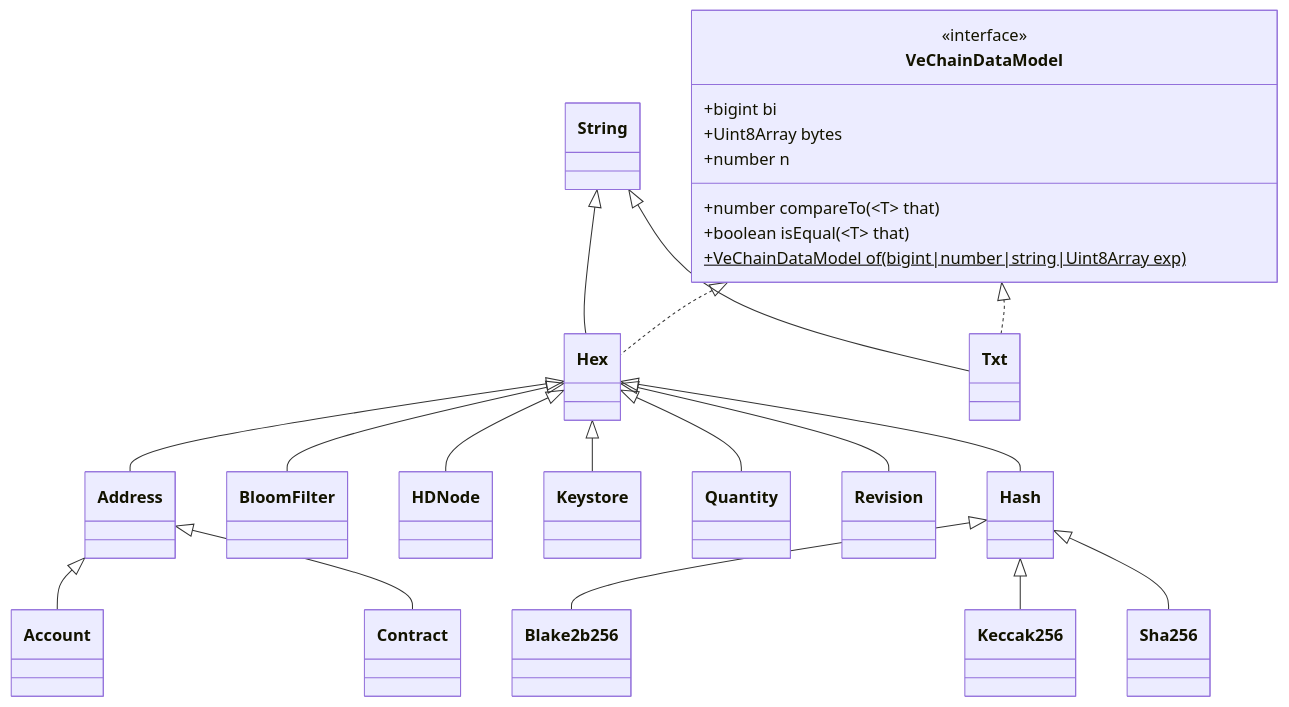
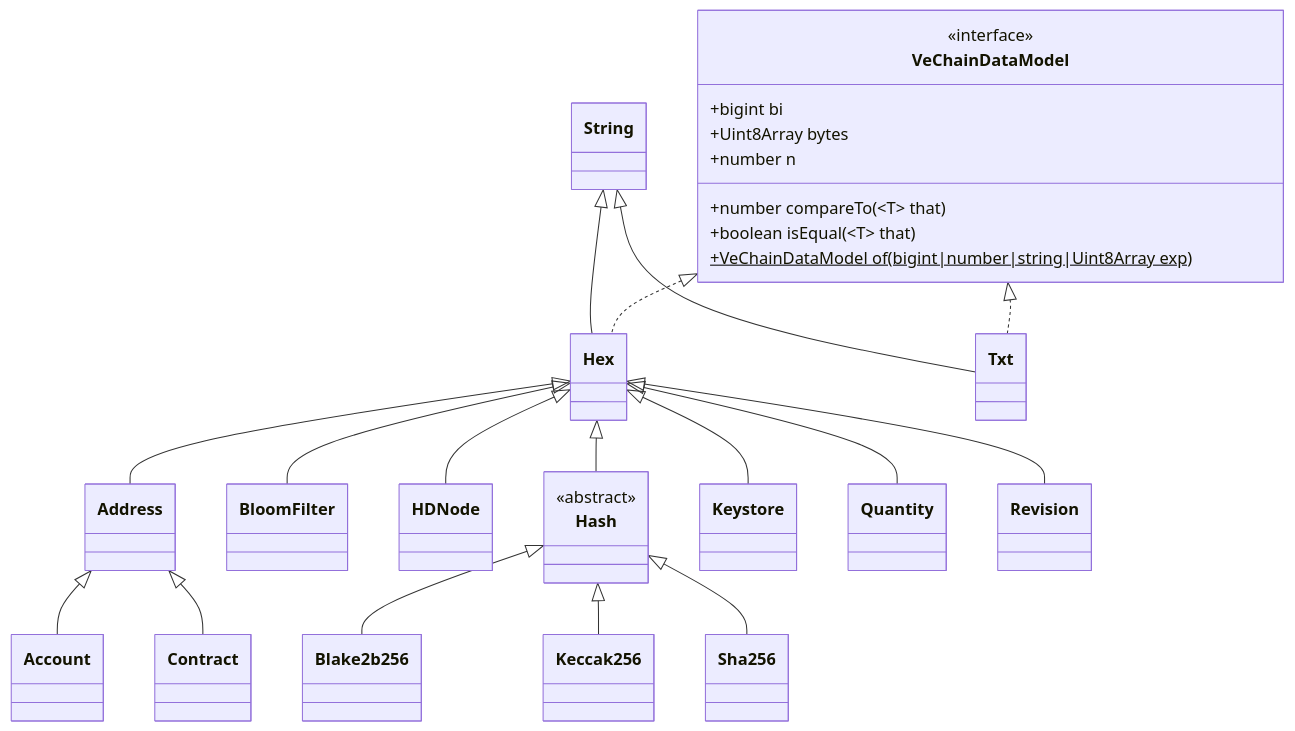
The diagram in docs/diagrams/architecture/vcdm.md (vechain/vechain-sdk-js), drawn with Mermaid before and after one commit.

Commit message:
feat: 1117 Txt class, `vcmd.md` expresses a Mermaid UML class diagram
BREAKING CHANGE: `Txt` class replaces `txt` const type.

````diff
--- a/docs/diagrams/architecture/vcdm.md
+++ b/docs/diagrams/architecture/vcdm.md
@@ -1,43 +1,46 @@
 ```mermaid
 classDiagram
     class Account
     class Address
     class Blake2b256
     class BloomFilter
     class Contract
     class HDNode
+    class Hash {
+        <<abstract>>
+    }
     class Hex
     class Keccak256 
     class Keystore
     class Quantity
     class Revision
     class Sha256
     class String
     class Txt
     class String
     class VeChainDataModel{
         <<interface>>
       +bigint bi
       +Uint8Array bytes
       +number n
       +number compareTo(~T~ that)
       +boolean isEqual(~T~ that)
       +VeChainDataModel of(bigint|number|string|Uint8Array exp)$
     }
     Address <|-- Account
     Address <|-- Contract
     Hash <|-- Blake2b256
     Hash <|-- Keccak256
     Hash <|-- Sha256
     Hex <|-- Address
     Hex <|-- BloomFilter
     Hex <|-- HDNode
     Hex <|-- Hash
     Hex <|-- Keystore
     Hex <|-- Quantity
     Hex <|-- Revision
     String <|-- Hex
     String <|-- Txt
     VeChainDataModel <|.. Hex
     VeChainDataModel <|.. Txt
 ```
````
